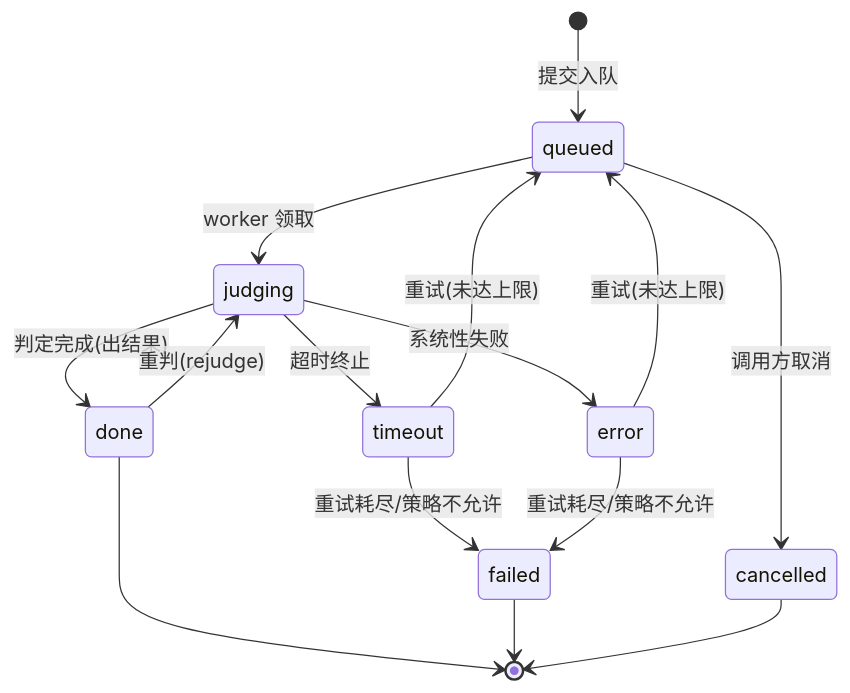
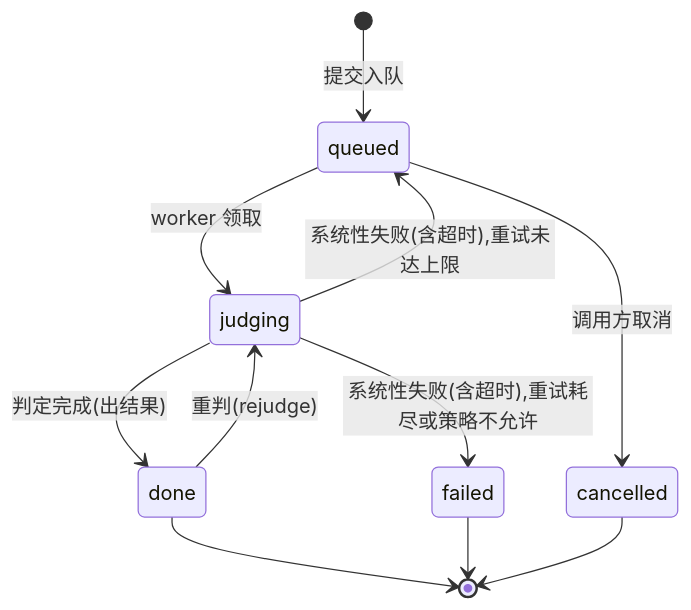
The second of 5 diagrams in docs/03-评测引擎/05-业务流程与状态机.md (menghuishisan/CHAIMIR), drawn with Mermaid before and after one commit. The commit also changed other lines of this file and 190 other files, not shown here.

````diff
--- a/docs/03-评测引擎/05-业务流程与状态机.md
+++ b/docs/03-评测引擎/05-业务流程与状态机.md
@@ -36,17 +36,13 @@
 ```mermaid
 stateDiagram-v2
     [*] --> queued: 提交入队
     queued --> judging: worker 领取
     queued --> cancelled: 调用方取消
     judging --> done: 判定完成(出结果)
-    judging --> timeout: 超时终止
-    judging --> error: 系统性失败
-    timeout --> queued: 重试(未达上限)
-    error --> queued: 重试(未达上限)
-    timeout --> failed: 重试耗尽/策略不允许
-    error --> failed: 重试耗尽/策略不允许
+    judging --> queued: 系统性失败(含超时),重试未达上限
+    judging --> failed: 系统性失败(含超时),重试耗尽或策略不允许
     done --> judging: 重判(rejudge)
     done --> [*]
     failed --> [*]
     cancelled --> [*]
 ```
````
